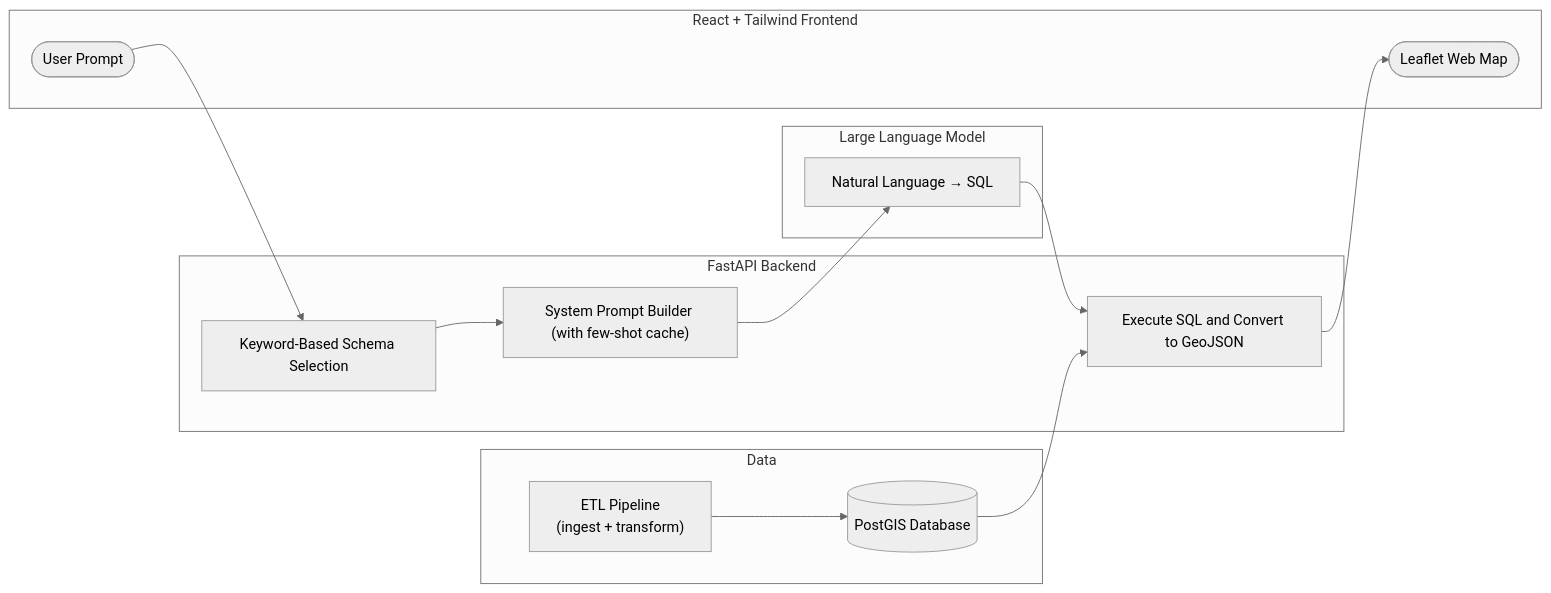
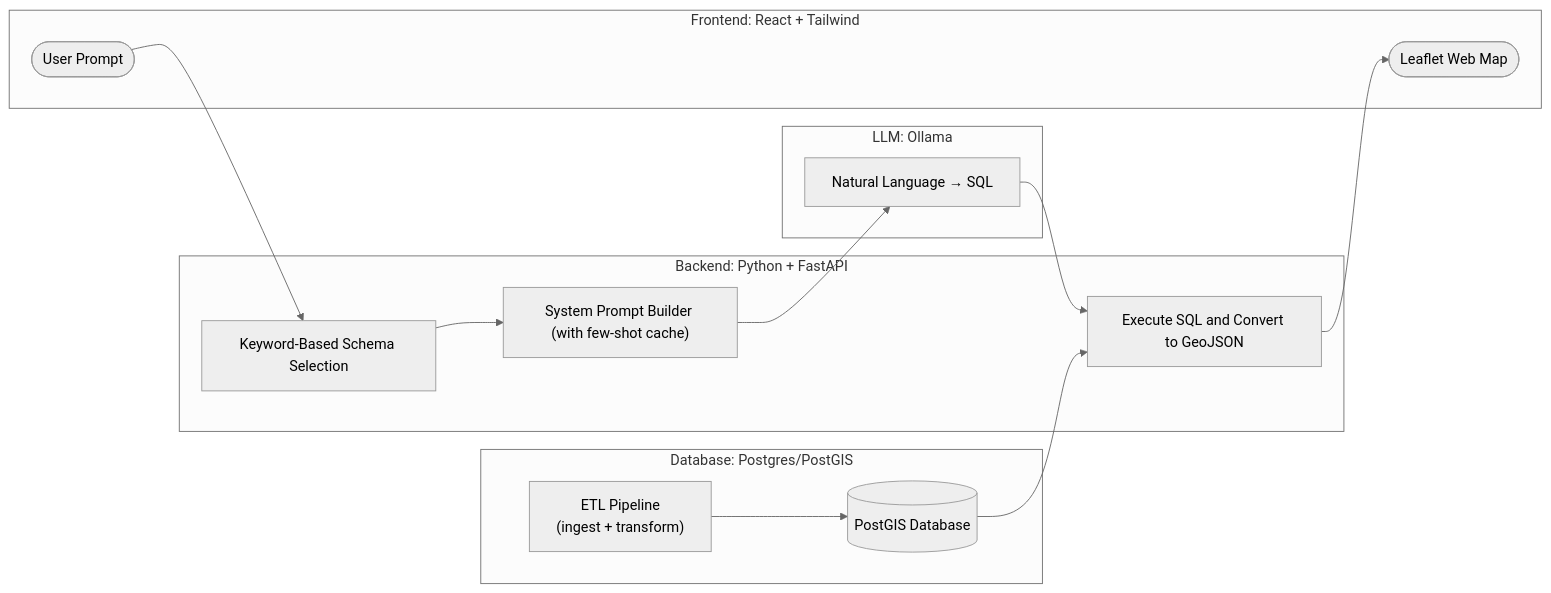
The diagram in README.md (connorcrowe/geoff), drawn with Mermaid (neutral theme) before and after one commit. The commit also changed other lines of this file, not shown here.

````diff
--- a/README.md
+++ b/README.md
@@ -42,32 +45,32 @@
 ```mermaid
 flowchart LR
-    subgraph Data
+    subgraph Data["Database: Postgres/PostGIS"]
         ETL["ETL Pipeline<br>(ingest + transform)"] --> DB[("PostGIS Database")]
     end
 
-    subgraph Backend["FastAPI Backend"]
+    subgraph Backend["Backend: Python + FastAPI"]
         Schema["Keyword-Based Schema Selection"]
         Prompt["System Prompt Builder (with few-shot cache)"]
         Exec["Execute SQL and Convert to GeoJSON"]
     end
 
-    subgraph Ollama["Large Language Model"]
+    subgraph Ollama["LLM: Ollama"]
         LLM["Natural Language → SQL"]
     end
 
-    subgraph Frontend["React + Tailwind Frontend"]
+    subgraph Frontend["Frontend: React + Tailwind"]
         UserPrompt(["User Prompt"])
         Leaflet(["Leaflet Web Map"])
     end
 
     Frontend ~~~ Backend
     Backend ~~~ DB
 
     Schema --> Prompt
     Prompt --> LLM
     LLM --> Exec
     DB --> Exec
 
     UserPrompt --> Schema
     Exec --> Leaflet
 ```
````
